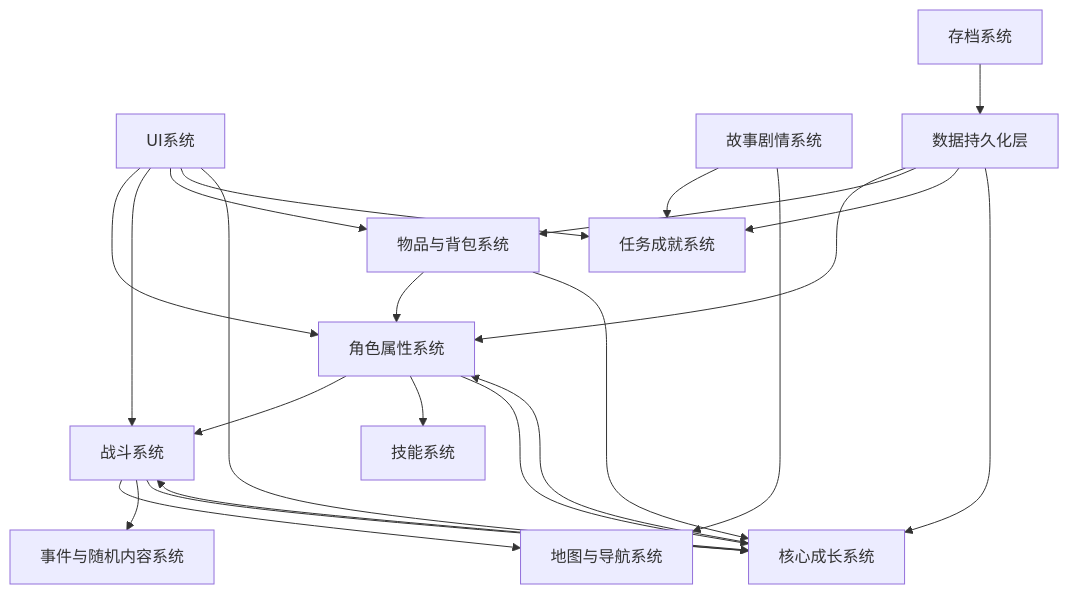
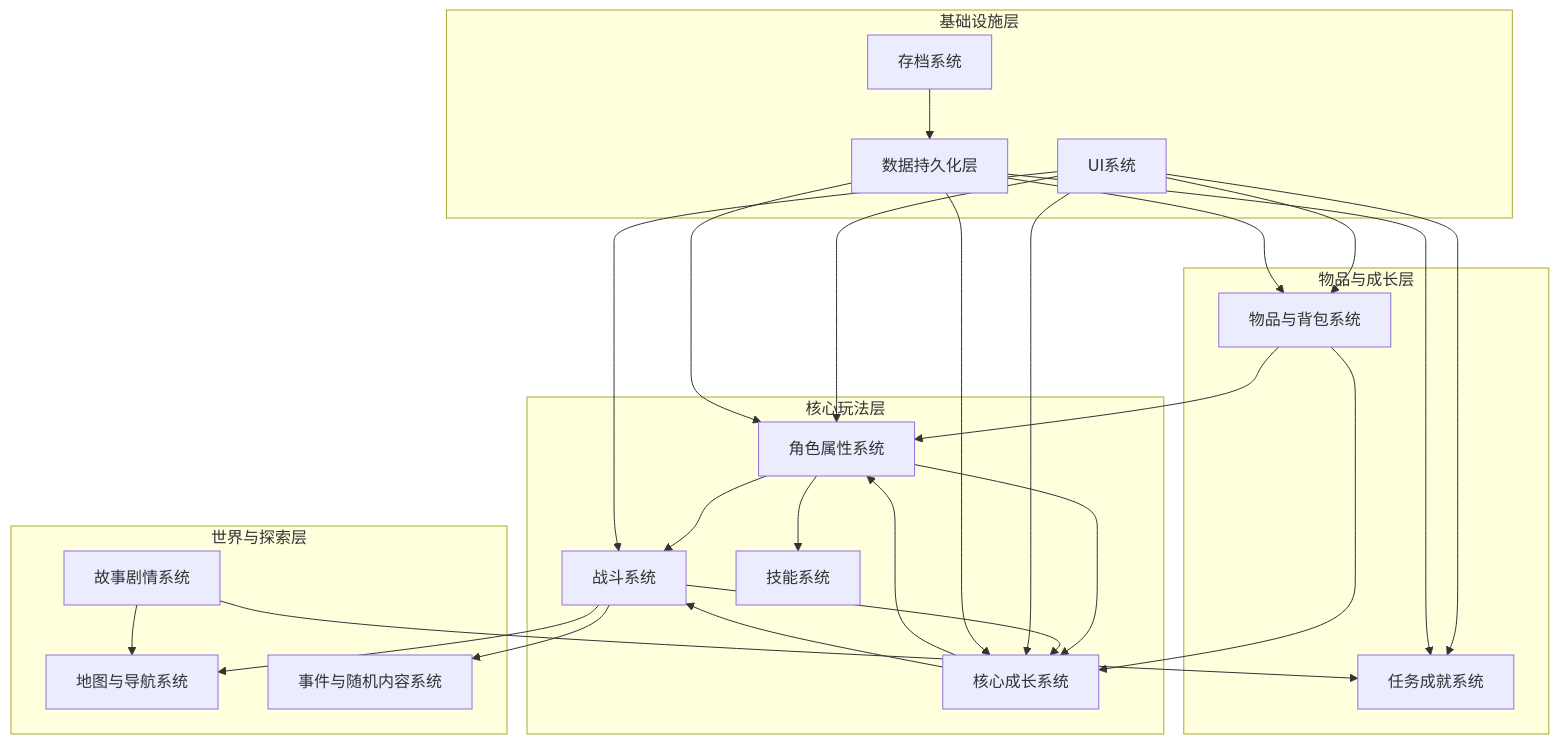
The first of 5 diagrams in xiuxian_demo/docs/实现规划/一期/一期系统设计.md (ideatoideal/co_lab), drawn with Mermaid before and after one commit. The commit also changed other lines of this file and 3 other files, not shown here.

````diff
--- a/xiuxian_demo/docs/实现规划/一期/一期系统设计.md
+++ b/xiuxian_demo/docs/实现规划/一期/一期系统设计.md
@@ -8,25 +8,49 @@
 ```mermaid
 graph TD
-    A[角色属性系统] --> B[战斗系统]
-    A --> C[技能系统]
-    A --> O[核心成长系统]
-    B --> F[地图与导航系统]
-    B --> H[事件与随机内容系统]
+    subgraph 核心玩法层
+        A[角色属性系统]
+        B[战斗系统]
+        C[技能系统]
+        O[核心成长系统]
+    end
+    
+    subgraph 物品与成长层
+        I[物品与背包系统]
+        K[任务成就系统]
+    end
+    
+    subgraph 世界与探索层
+        F[地图与导航系统]
+        H[事件与随机内容系统]
+        M[故事剧情系统]
+    end
+    
+    subgraph 基础设施层
+        L[UI系统]
+        N[存档系统]
+        P[数据持久化层]
+    end
+    
+    A --> B
+    A --> C
+    A --> O
+    B --> F
+    B --> H
     B --> O
-    I[物品与背包系统] --> A
+    I --> A
     I --> O
-    L[UI系统] --> A
+    L --> A
     L --> B
     L --> I
-    L --> K[任务成就系统]
+    L --> K
     L --> O
-    M[故事剧情系统] --> K
+    M --> K
     M --> F
-    N[存档系统] --> P[数据持久化层]
+    N --> P
     P --> A
     P --> I
     P --> K
     P --> O
     O --> A
     O --> B
 ```
````
